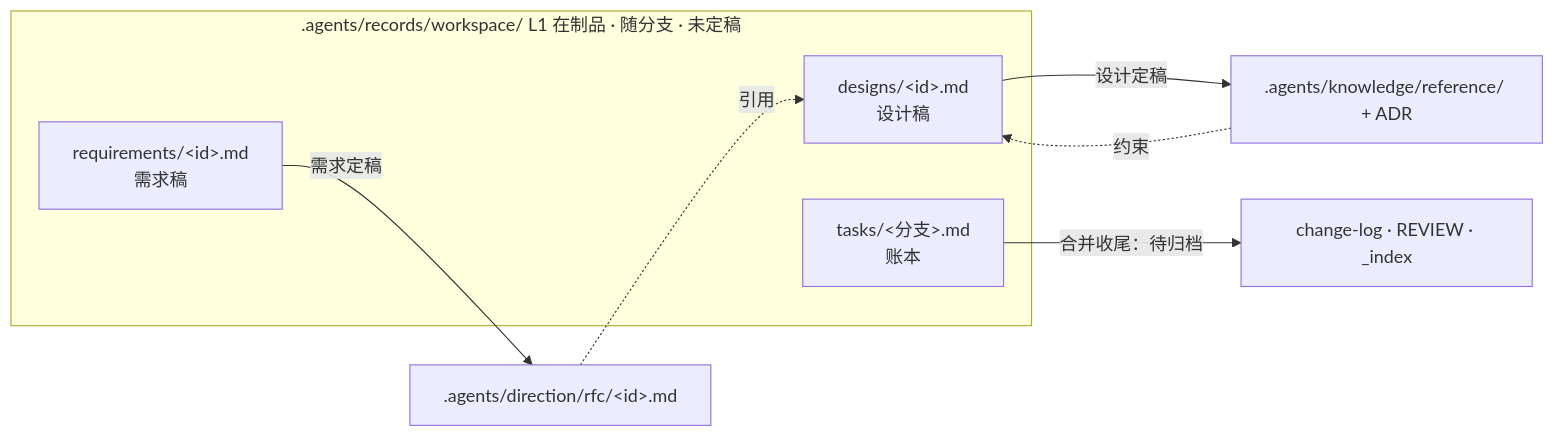
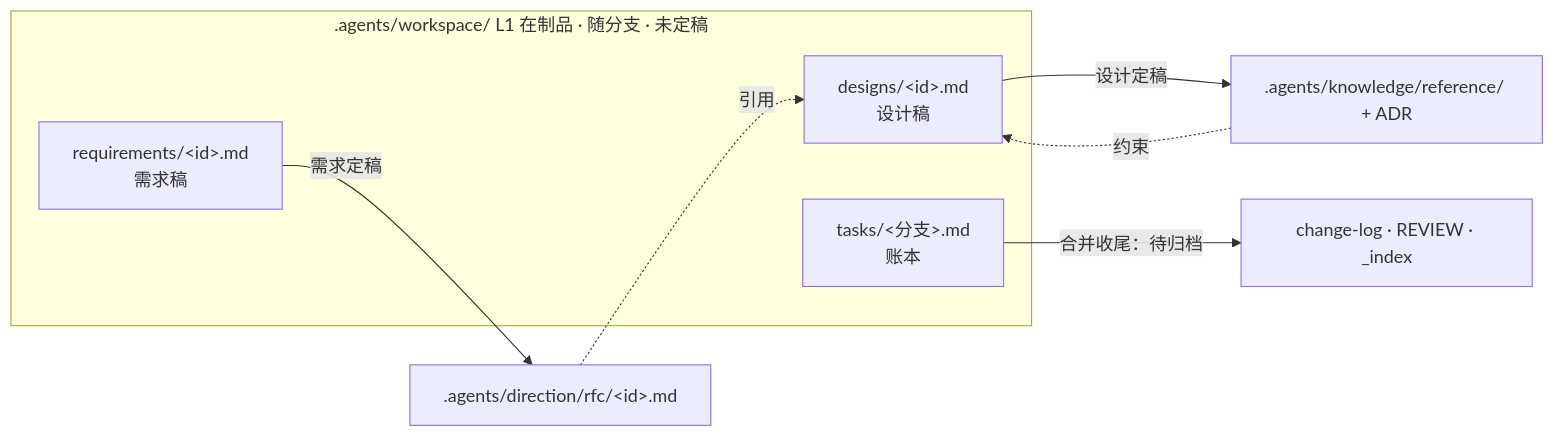
One commit to adaios/adaios changed the ninth of 9 diagrams in .agents/rules/assets/ai-context-engineering.md. Above: the diagram before and after it, drawn with Mermaid. The commit also changed other lines of this file and 24 other files, not shown here.

````diff
--- a/.agents/rules/assets/ai-context-engineering.md
+++ b/.agents/rules/assets/ai-context-engineering.md
@@ -304,15 +304,15 @@
 ```mermaid
 flowchart LR
-    subgraph WS[".agents/records/workspace/  L1 在制品 · 随分支 · 未定稿"]
+    subgraph WS[".agents/workspace/  L1 在制品 · 随分支 · 未定稿"]
         TK["tasks/&lt;分支&gt;.md<br/>账本"]
         RQ["requirements/&lt;id&gt;.md<br/>需求稿"]
         DS["designs/&lt;id&gt;.md<br/>设计稿"]
     end
 
     RQ -->|"需求定稿"| RFC[".agents/direction/rfc/&lt;id&gt;.md"]
     DS -->|"设计定稿"| AR[".agents/knowledge/reference/ + ADR"]
     TK -->|"合并收尾：待归档"| CL["change-log · REVIEW · _index"]
 
     RFC -.->|"引用"| DS
     AR -.->|"约束"| DS
 ```
````
